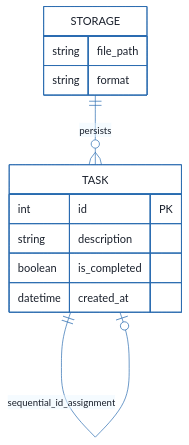
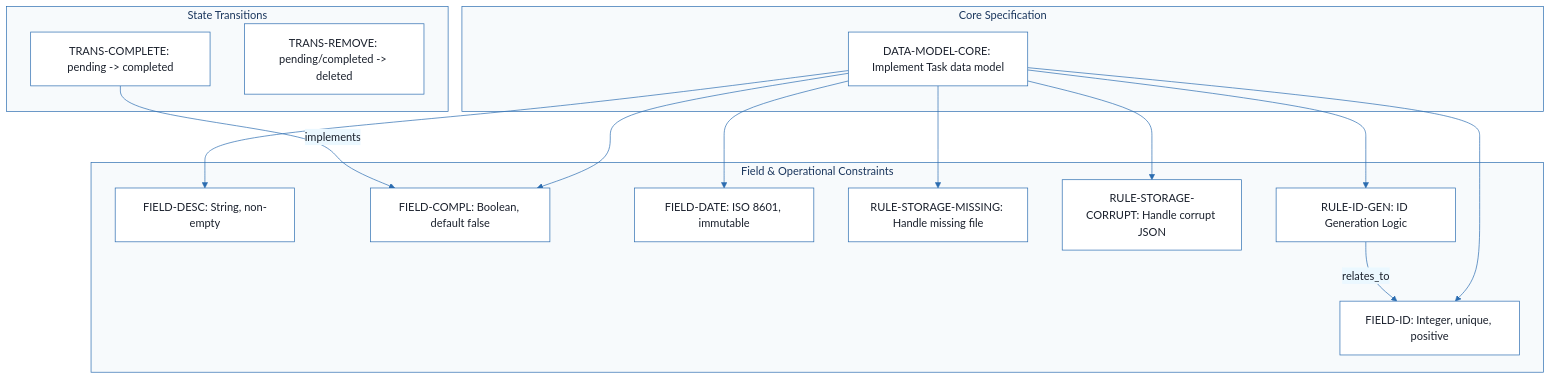
One commit to abir-ommezzine/extension-github-spec-kit changed the sixth of 7 diagrams in outputs/data/markdown/cli_to-do_list_manager_doc.md. Above: the diagram before and after it, drawn with Mermaid. The commit also changed other lines of this file and 145 other files, not shown here.

````diff
--- a/outputs/data/markdown/cli_to-do_list_manager_doc.md
+++ b/outputs/data/markdown/cli_to-do_list_manager_doc.md
@@ -539,58 +443,71 @@
 ```mermaid
 %%{init: {
   'theme': 'base',
   'themeVariables': {
     'primaryColor': '#1A365D',
     'primaryTextColor': '#1A202C',
     'primaryBorderColor': '#2B6CB0',
     'lineColor': '#2B6CB0',
     'secondaryColor': '#EBF8FF',
     'tertiaryColor': '#EBF8FF',
     'background': '#FFFFFF',
     'mainBkg': '#FFFFFF',
     'secondBkg': '#EBF8FF',
     'tertiaryBkg': '#F7FAFC',
     'secondaryTextColor': '#4A5568',
     'fontSize': '16px',
     'fontFamily': 'Inter, system-ui, sans-serif',
     'nodePadding': '15px',
     'borderRadius': '8px',
     'edgeLabelBackground': '#EBF8FF',
     'clusterBkg': '#F7FAFC',
     'clusterBorder': '#2B6CB0',
     'defaultLinkColor': '#2B6CB0',
     'titleColor': '#1A365D',
     'actorBorder': '#2B6CB0',
     'actorBkg': '#EBF8FF',
     'actorTextColor': '#1A365D',
     'actorLineColor': '#2B6CB0',
     'signalColor': '#2B6CB0',
     'signalTextColor': '#1A202C',
     'labelBoxBorderColor': '#2B6CB0',
     'labelBoxBkgColor': '#EBF8FF',
     'labelTextColor': '#1A202C',
     'loopTextColor': '#1A202C',
     'arrowHeadColor': '#2B6CB0',
     'sequenceNumberColor': '#1A365D',
     'sequenceActorBorder': '#2B6CB0',
     'sequenceActorBkg': '#EBF8FF',
     'sequenceArrowColor': '#2B6CB0',
     'noteBkgColor': '#FFF5EB',
     'noteBorderColor': '#DD6B20',
     'noteTextColor': '#1A202C'
   }
 }}%%
-erDiagram
-    TASK {
-        int id PK
-        string description
-        boolean is_completed
-        datetime created_at
-    }
-    STORAGE {
-        string file_path
-        string format
-    }
-    STORAGE ||--o{ TASK : "persists"
-    TASK ||--o| TASK : "sequential_id_assignment"
+flowchart TD
+    subgraph Core_Model [Core Specification]
+        DATA-MODEL-CORE["DATA-MODEL-CORE: Implement Task data model"]
+    end
+    subgraph Constraints [Field & Operational Constraints]
+        FIELD-ID["FIELD-ID: Integer, unique, positive"]
+        FIELD-DESC["FIELD-DESC: String, non-empty"]
+        FIELD-COMPL["FIELD-COMPL: Boolean, default false"]
+        FIELD-DATE["FIELD-DATE: ISO 8601, immutable"]
+        RULE-STORAGE-MISSING["RULE-STORAGE-MISSING: Handle missing file"]
+        RULE-STORAGE-CORRUPT["RULE-STORAGE-CORRUPT: Handle corrupt JSON"]
+        RULE-ID-GEN["RULE-ID-GEN: ID Generation Logic"]
+    end
+    subgraph Transitions [State Transitions]
+        TRANS-COMPLETE["TRANS-COMPLETE: pending -> completed"]
+        TRANS-REMOVE["TRANS-REMOVE: pending/completed -> deleted"]
+    end
+    DATA-MODEL-CORE --> FIELD-ID
+    DATA-MODEL-CORE --> FIELD-DESC
+    DATA-MODEL-CORE --> FIELD-COMPL
+    DATA-MODEL-CORE --> FIELD-DATE
+    DATA-MODEL-CORE --> RULE-STORAGE-MISSING
+    DATA-MODEL-CORE --> RULE-STORAGE-CORRUPT
+    DATA-MODEL-CORE --> RULE-ID-GEN
+    TRANS-COMPLETE -->|"implements"| FIELD-COMPL
+    RULE-ID-GEN -->|"relates_to"| FIELD-ID
 ```
````
